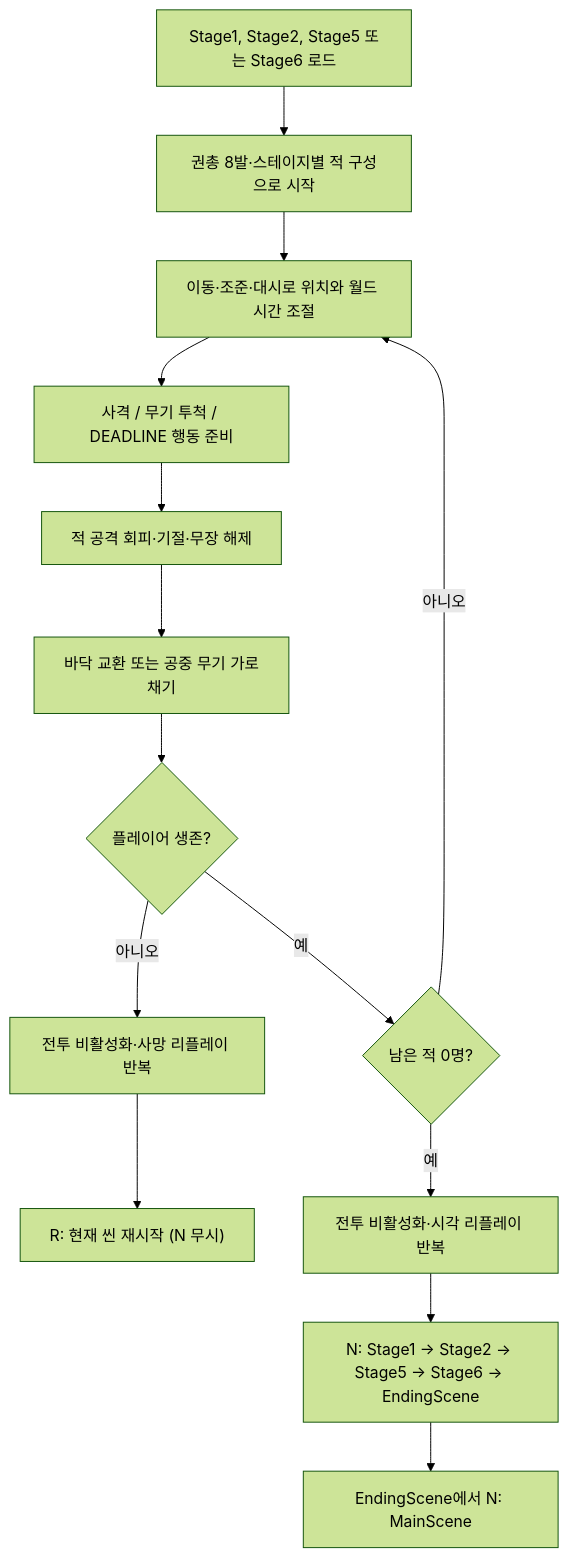
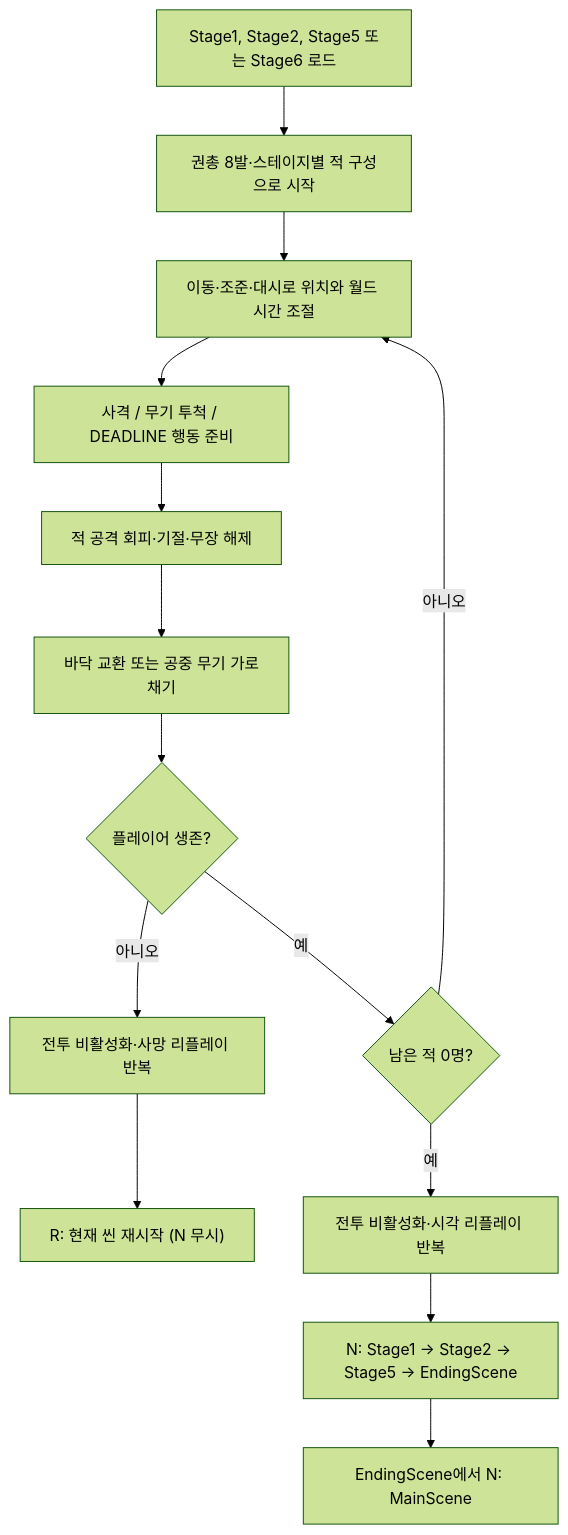
The first of 3 diagrams in docs/PROJECT_DESIGN_DOCUMENT.md (Mom-Dra/ProjectDeltatime), drawn with Mermaid (forest theme) before and after one commit. The commit also changed other lines of this file and 4 other files, not shown here.

````diff
--- a/docs/PROJECT_DESIGN_DOCUMENT.md
+++ b/docs/PROJECT_DESIGN_DOCUMENT.md
@@ -206,16 +207,16 @@
 ```mermaid
 flowchart TD
     A["Stage1, Stage2, Stage5 또는 Stage6 로드"] --> B["권총 8발·스테이지별 적 구성으로 시작"]
     B --> C["이동·조준·대시로 위치와 월드 시간 조절"]
     C --> D["사격 / 무기 투척 / DEADLINE 행동 준비"]
     D --> E["적 공격 회피·기절·무장 해제"]
     E --> F["바닥 교환 또는 공중 무기 가로채기"]
     F --> G{"플레이어 생존?"}
     G -- "아니오" --> H["전투 비활성화·사망 리플레이 반복"]
     H --> I["R: 현재 씬 재시작 (N 무시)"]
     G -- "예" --> J{"남은 적 0명?"}
     J -- "아니오" --> C
     J -- "예" --> K["전투 비활성화·시각 리플레이 반복"]
-    K --> L["N: Stage1 → Stage2 → Stage5 → Stage6 → EndingScene"]
+    K --> L["N: Stage1 → Stage2 → Stage5 → EndingScene"]
     L --> M["EndingScene에서 N: MainScene"]
 ```
````
